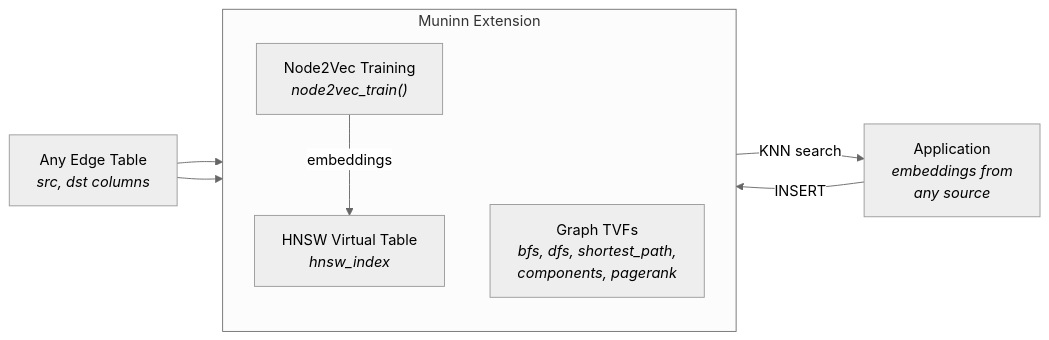
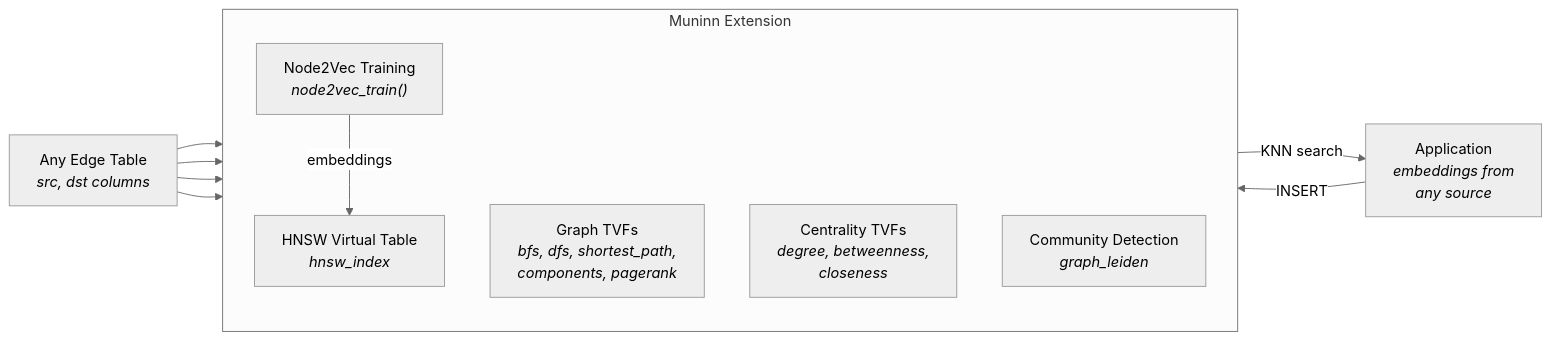
Before and after one commit to neozenith/sqlite-muninn: the diagram in README.md, drawn with Mermaid (neutral theme). The commit also changed other lines of this file and 51 other files, not shown here.

````diff
--- a/README.md
+++ b/README.md
@@ -9,15 +11,19 @@
 ```mermaid
 graph LR
     subgraph Muninn Extension
         direction TB
         HNSW["HNSW Virtual Table<br/><i>hnsw_index</i>"]
         GTVF["Graph TVFs<br/><i>bfs, dfs, shortest_path,<br/>components, pagerank</i>"]
+        CENT["Centrality TVFs<br/><i>degree, betweenness,<br/>closeness</i>"]
+        COMM["Community Detection<br/><i>graph_leiden</i>"]
         N2V["Node2Vec Training<br/><i>node2vec_train()</i>"]
     end
 
     ET["Any Edge Table<br/><i>src, dst columns</i>"] --> GTVF
+    ET --> CENT
+    ET --> COMM
     ET --> N2V
     N2V -->|embeddings| HNSW
     APP["Application<br/><i>embeddings from<br/>any source</i>"] -->|INSERT| HNSW
     HNSW -->|KNN search| APP
 ```
````
